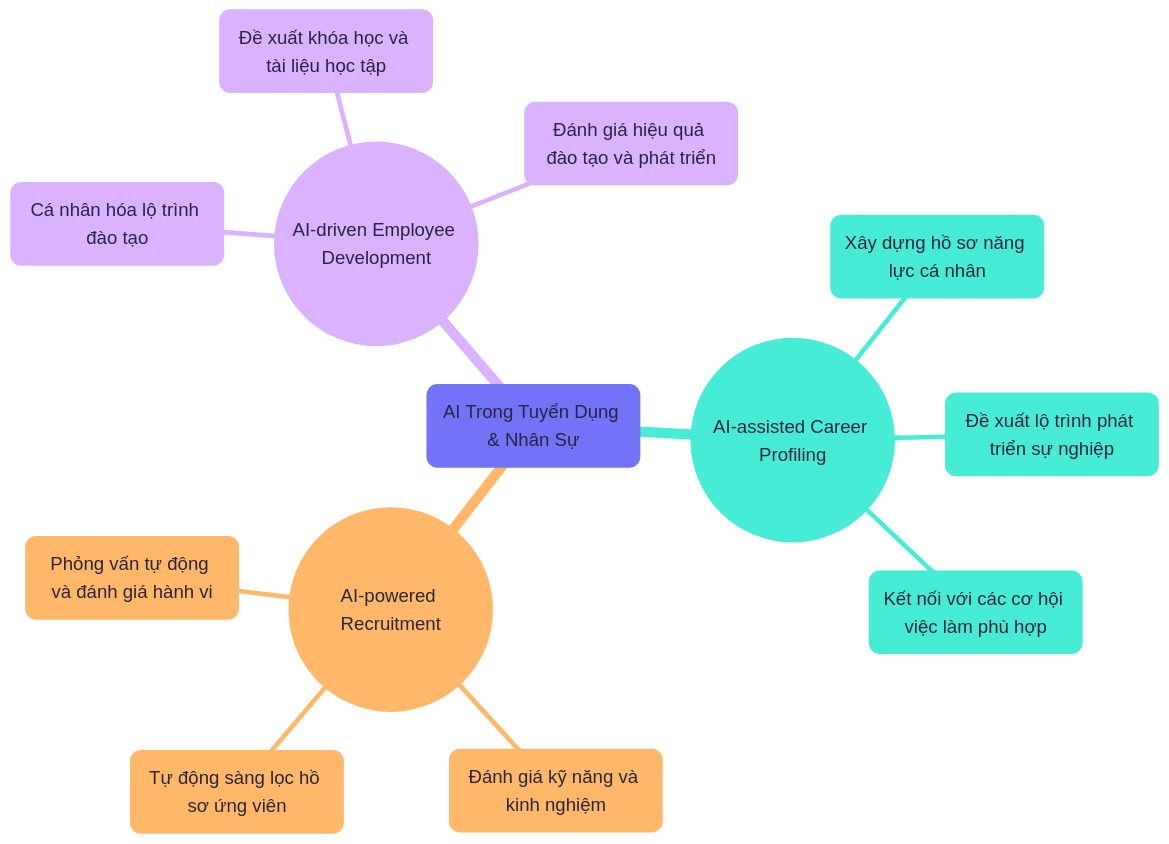
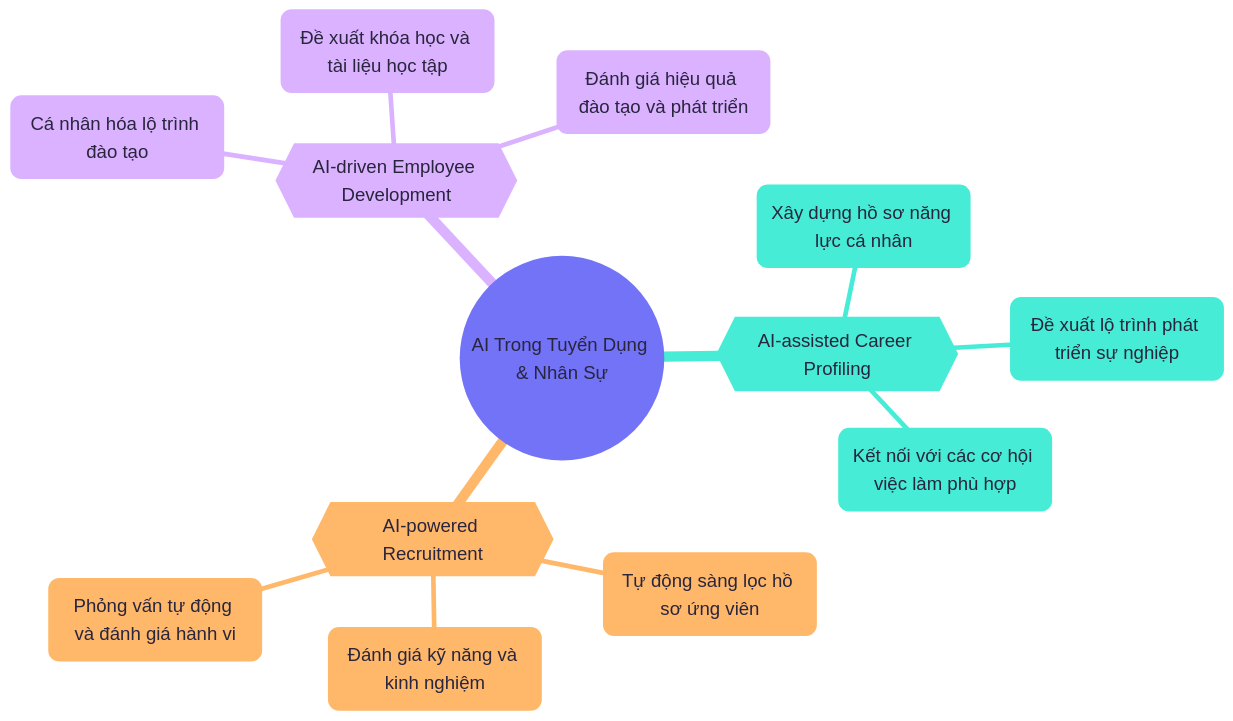
Before and after one commit to sam-uit/typst-report-template: the diagram in content/diagrams/chapter03-tuyendung.mmd, drawn with Mermaid.

```diff
--- a/content/diagrams/chapter03-tuyendung.mmd
+++ b/content/diagrams/chapter03-tuyendung.mmd
@@ -1,21 +1,21 @@
 ---
 config:
   theme: redux-color
   themeVariables:
     fontFamily: Google Sans
     fontSize: 20px
 ---
 mindmap
-  (AI Trong Tuyển Dụng & Nhân Sự)
-    (("AI-assisted Career Profiling"))
-        Xây dựng hồ sơ năng lực cá nhân
-        Đề xuất lộ trình phát triển sự nghiệp
-        Kết nối với các cơ hội việc làm phù hợp
-    (("AI-powered Recruitment"))
-        Tự động sàng lọc hồ sơ ứng viên
-        Đánh giá kỹ năng và kinh nghiệm
-        Phỏng vấn tự động và đánh giá hành vi
-    (("AI-driven Employee Development"))
-        Cá nhân hóa lộ trình đào tạo
-        Đề xuất khóa học và tài liệu học tập
-        Đánh giá hiệu quả đào tạo và phát triển
+((AI Trong Tuyển Dụng & Nhân Sự))
+  {{AI-assisted Career Profiling}}
+    Xây dựng hồ sơ năng lực cá nhân
+    Đề xuất lộ trình phát triển sự nghiệp
+    Kết nối với các cơ hội việc làm phù hợp
+  {{AI-powered Recruitment}}
+    Tự động sàng lọc hồ sơ ứng viên
+    Đánh giá kỹ năng và kinh nghiệm
+    Phỏng vấn tự động và đánh giá hành vi
+  {{AI-driven Employee Development}}
+    Cá nhân hóa lộ trình đào tạo
+    Đề xuất khóa học và tài liệu học tập
+    Đánh giá hiệu quả đào tạo và phát triển
```
